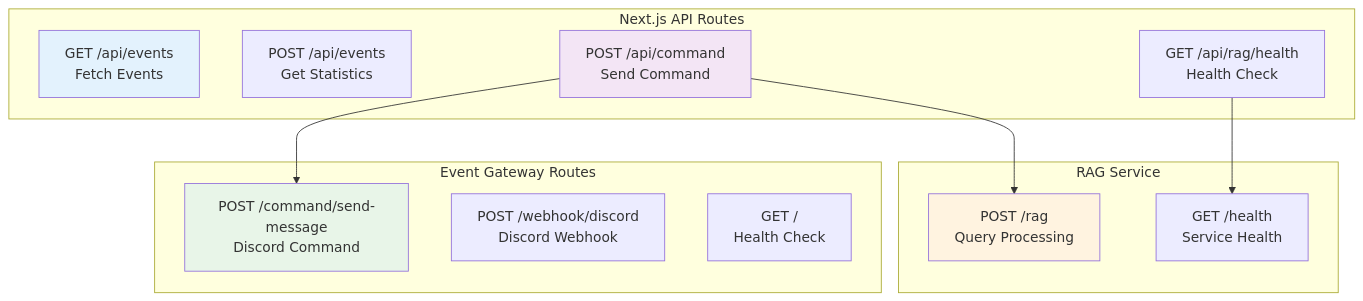
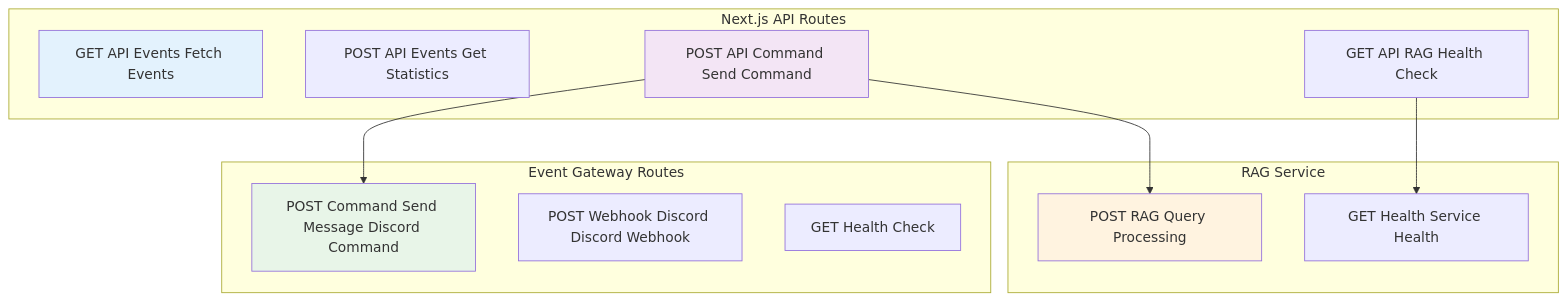
Before and after one commit to brillianodhiya/TalitaTitaniaServiceControll: the fourth of 4 diagrams in README.md, drawn with Mermaid. The commit also changed other lines of this file, not shown here.

Commit message:
Update README to improve clarity and consistency in API and architecture descriptions

````diff
--- a/README.md
+++ b/README.md
@@ -138,29 +132,29 @@
 ```mermaid
 graph TD
     subgraph "Next.js API Routes"
-        A1[GET /api/events<br/>Fetch Events]
-        A2[POST /api/events<br/>Get Statistics]
-        A3[POST /api/command<br/>Send Command]
-        A4[GET /api/rag/health<br/>Health Check]
+        A1[GET API Events Fetch Events]
+        A2[POST API Events Get Statistics]
+        A3[POST API Command Send Command]
+        A4[GET API RAG Health Check]
     end
 
     subgraph "Event Gateway Routes"
-        B1[POST /command/send-message<br/>Discord Command]
-        B2[POST /webhook/discord<br/>Discord Webhook]
-        B3[GET /<br/>Health Check]
+        B1[POST Command Send Message Discord Command]
+        B2[POST Webhook Discord Discord Webhook]
+        B3[GET Health Check]
     end
 
     subgraph "RAG Service"
-        C1[POST /rag<br/>Query Processing]
-        C2[GET /health<br/>Service Health]
+        C1[POST RAG Query Processing]
+        C2[GET Health Service Health]
     end
 
     A3 --> B1
     A3 --> C1
     A4 --> C2
 
     style A1 fill:#e3f2fd
     style A3 fill:#f3e5f5
     style B1 fill:#e8f5e8
     style C1 fill:#fff3e0
 ```
````
